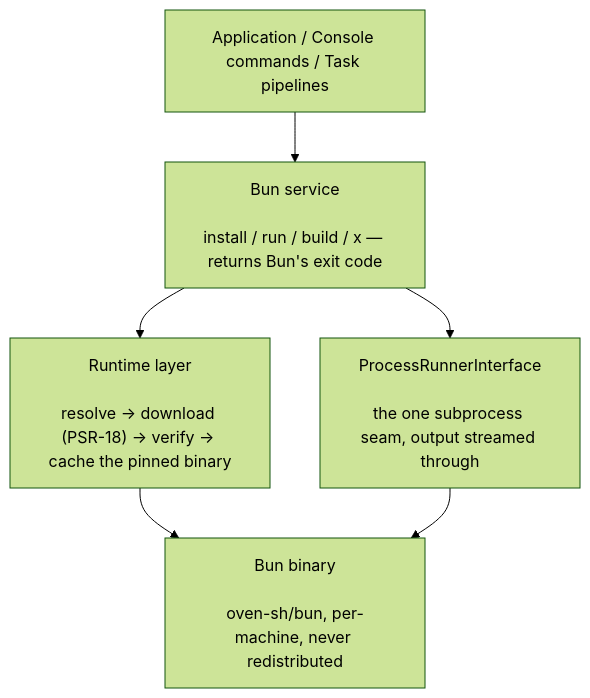
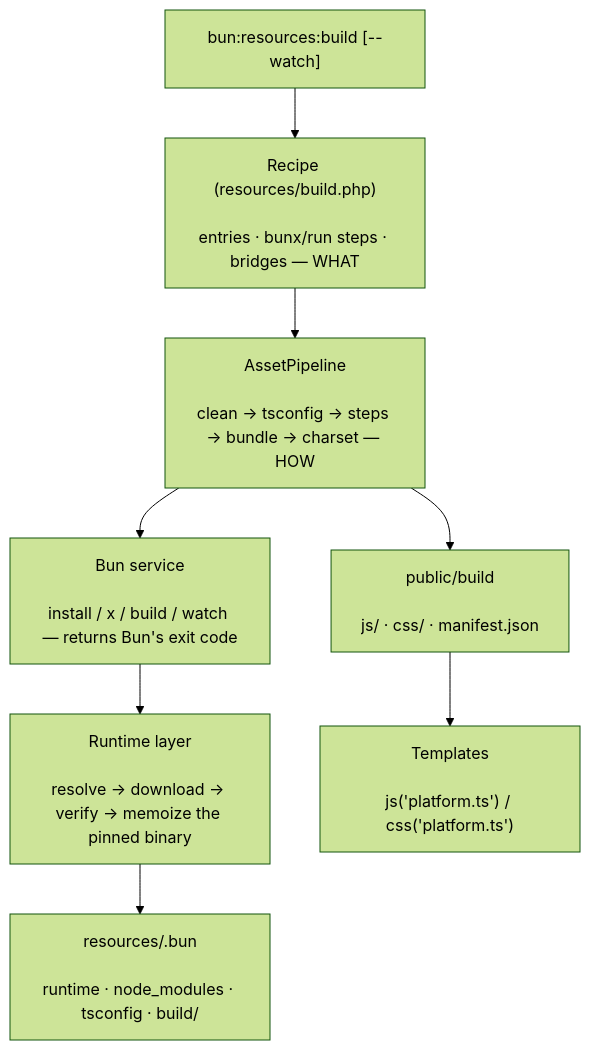
The diagram in README.md (phpdot/bun), drawn with Mermaid (forest theme) before and after one commit. The commit also changed other lines of this file and 39 other files, not shown here.

````diff
--- a/README.md
+++ b/README.md
@@ -101,14 +261,14 @@
 ```mermaid
 graph TD
-    APP["Application / Console commands / Task pipelines"]
-    BUN["Bun service<br/><br/>install / run / build / x — returns Bun's exit code"]
-    RUNTIME["Runtime layer<br/><br/>resolve → download (PSR-18) → verify → cache the pinned binary"]
-    PROCESS["ProcessRunnerInterface<br/><br/>the one subprocess seam, output streamed through"]
-    BINARY["Bun binary<br/><br/>oven-sh/bun, per-machine, never redistributed"]
+    CMD["bun:resources:build [--watch]"]
+    RECIPE["Recipe (resources/build.php)<br/><br/>entries · bunx/run steps · bridges — WHAT"]
+    PIPE["AssetPipeline<br/><br/>clean → tsconfig → steps → bundle → charset — HOW"]
+    BUN["Bun service<br/><br/>install / x / build / watch — returns Bun's exit code"]
+    RUNTIME["Runtime layer<br/><br/>resolve → download → verify → memoize the pinned binary"]
+    HOME["resources/.bun<br/><br/>runtime · node_modules · tsconfig · build/"]
+    OUT["public/build<br/><br/>js/ · css/ · manifest.json"]
+    TPL["Templates<br/><br/>js('platform.ts') / css('platform.ts')"]
 
-    APP --> BUN
-    BUN --> RUNTIME
-    BUN --> PROCESS
-    RUNTIME --> BINARY
-    PROCESS --> BINARY
+    CMD --> RECIPE --> PIPE --> BUN --> RUNTIME --> HOME
+    PIPE --> OUT --> TPL
 ```
````
